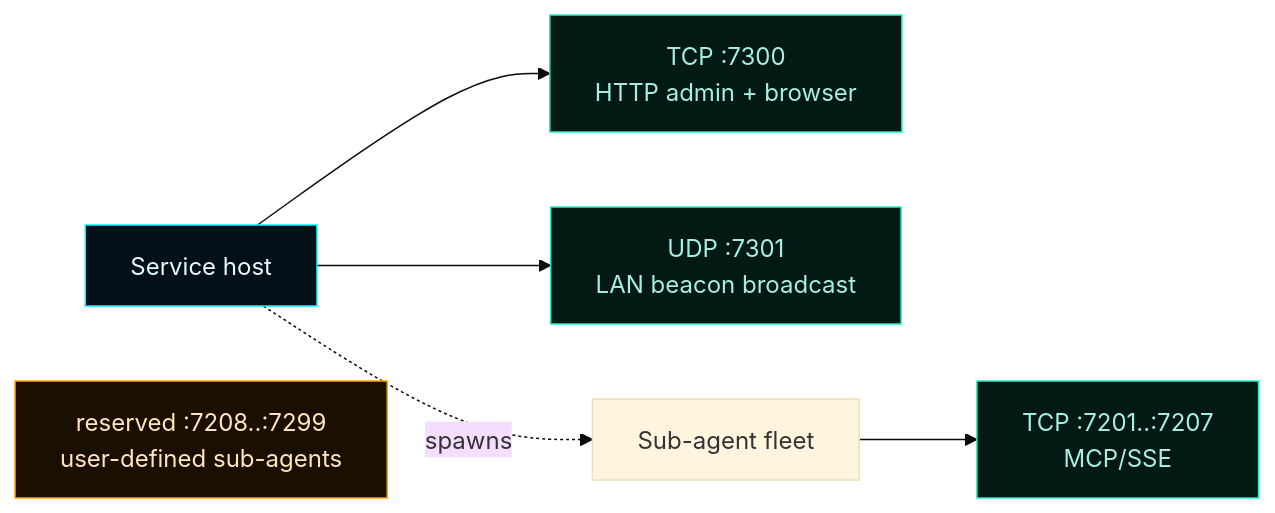
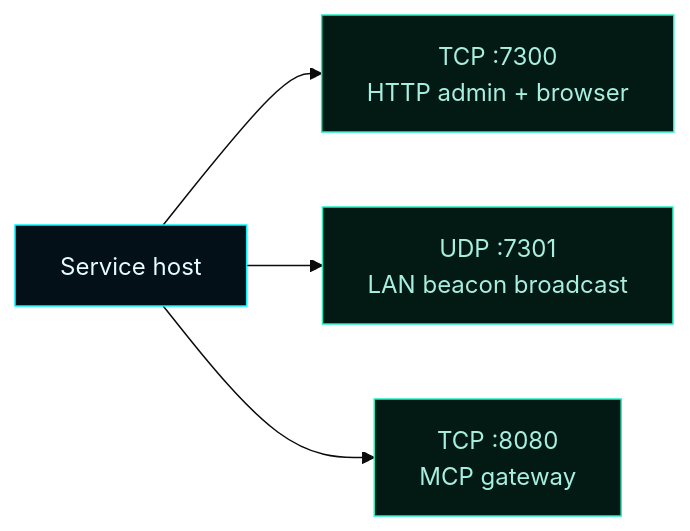
Before and after one commit to flynn33/Master-Control-Orchestration-Server: the second of 6 diagrams in docs/wiki/Infrastructure.md, drawn with Mermaid (base theme). The commit also changed other lines of this file and 19 other files, not shown here.

````diff
--- a/docs/wiki/Infrastructure.md
+++ b/docs/wiki/Infrastructure.md
@@ -77,12 +75,10 @@
 ```mermaid
 flowchart LR
     classDef accent fill:#031018,stroke:#00F6FF,color:#E6FCFF;
     classDef good fill:#031a14,stroke:#1cf2c1,color:#a8efe0;
     classDef warn fill:#1a0f00,stroke:#FFA500,color:#FFE6BF;
 
     Service[Service host]:::accent --> P1[TCP :7300<br/>HTTP admin + browser]:::good
     Service --> P2[UDP :7301<br/>LAN beacon broadcast]:::good
-    Service -. spawns .-> SA[Sub-agent fleet]
-    SA --> P3[TCP :7201..:7207<br/>MCP/SSE]:::good
-    Reserved[reserved :7208..:7299<br/>user-defined sub-agents]:::warn
+    Service --> P3[TCP :8080<br/>MCP gateway]:::good
 ```
````
